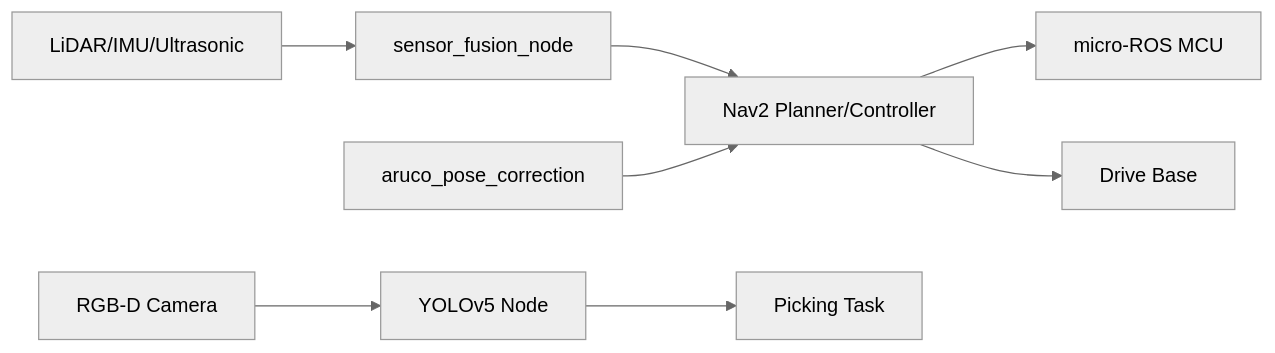
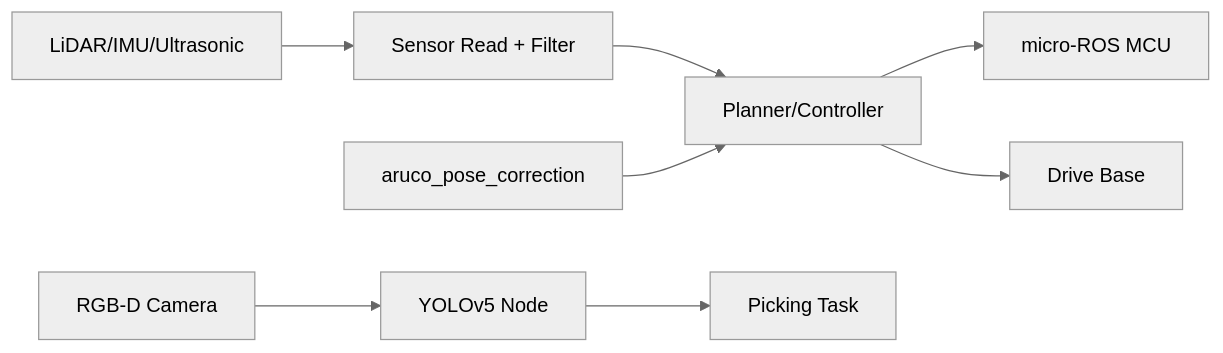
One commit to hinoonyaso/portfolio changed the first of 3 diagrams in README.md. Above: the diagram before and after it, drawn with Mermaid (neutral theme). The commit also changed other lines of this file, not shown here.

````diff
--- a/README.md
+++ b/README.md
@@ -64,10 +55,10 @@
 ```mermaid
 flowchart LR
-    Sensors[LiDAR/IMU/Ultrasonic] --> Fusion[sensor_fusion_node]
-    Fusion --> Nav2[Nav2 Planner/Controller]
+    Sensors[LiDAR/IMU/Ultrasonic] --> Fusion[Sensor Read + Filter]
+    Fusion --> Nav2[Planner/Controller]
     Camera[RGB-D Camera] --> YOLO[YOLOv5 Node]
     Nav2 --> MCU[micro-ROS MCU]
     ArUco[aruco_pose_correction] --> Nav2
     Nav2 --> Base[Drive Base]
     YOLO --> Task[Picking Task]
 ```
````
